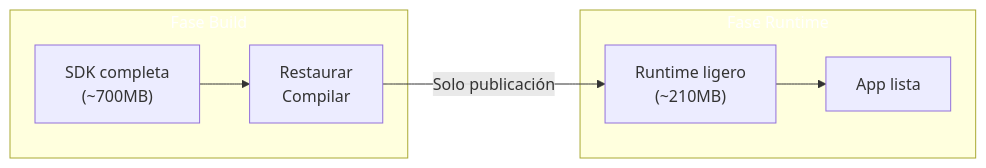
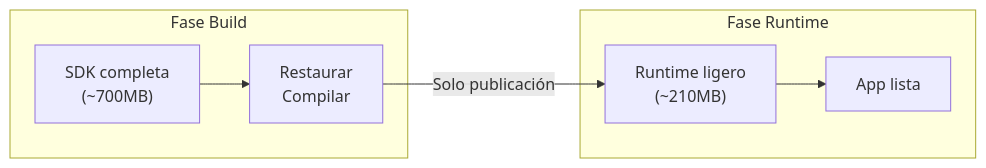
One commit to joseluisgs/DesarrolloWebEntornosServidor-01-2026-2027 changed the second of 4 diagrams in 23-docker.md. Above: the diagram before and after it, drawn with Mermaid. The commit also changed other lines of this file and 15 other files, not shown here.

Commit message:
docs: quitar el relleno a los subgraf de los diagramas y corregir comillas y rayas sueltas

````diff
--- a/23-docker.md
+++ b/23-docker.md
@@ -115,15 +113,13 @@
 ```mermaid
 graph LR
     subgraph BUILD["Fase Build"]
         A["SDK completa<br/>(~700MB)"] --> B["Restaurar<br/>Compilar"]
     end
 
     subgraph RUNTIME["Fase Runtime"]
         C["Runtime ligero<br/>(~210MB)"] --> D["App lista"]
     end
 
     B -->|"Solo publicación"| C
 
-    style BUILD fill:#FF980,color:#fff0,color:#fff
-    style RUNTIME fill:#4CAF5,color:#fff0,color:#fff
 ```
````
